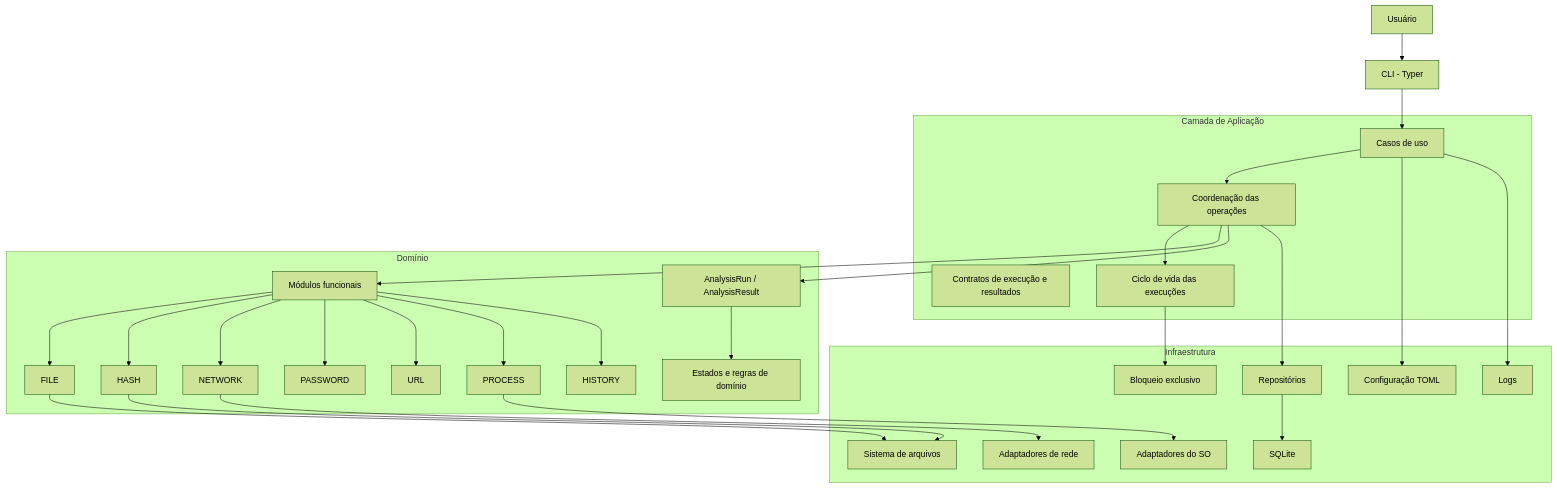
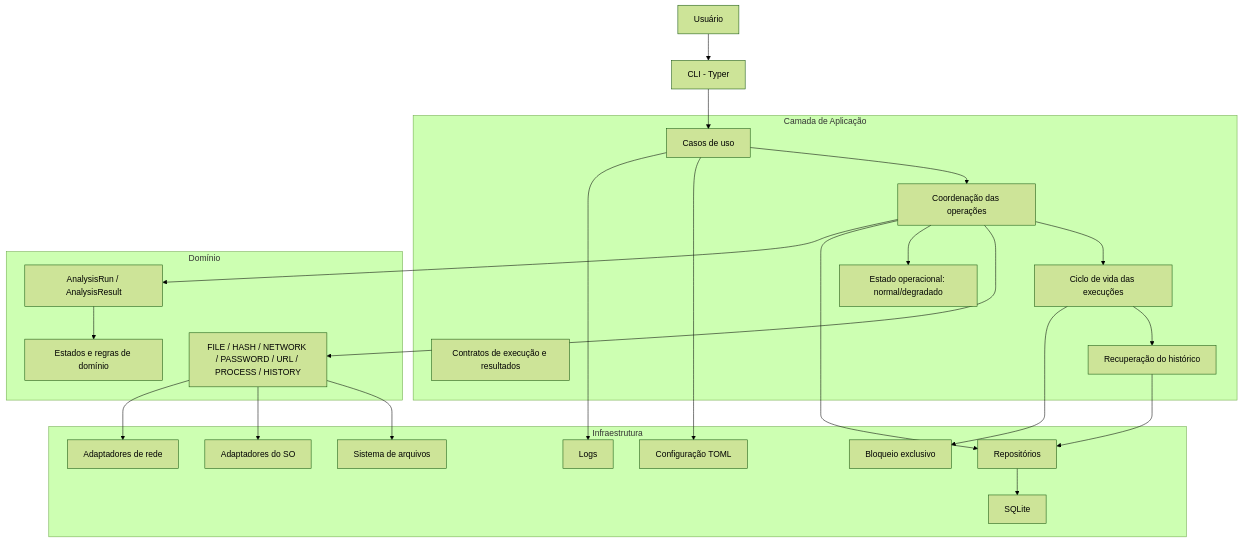
One commit to Leonardo-Campos-2007/Odyssey-AV changed the first of 2 diagrams in docs/ARQUITETURA.md. Above: the diagram before and after it, drawn with Mermaid (forest theme). The commit also changed other lines of this file and 2 other files, not shown here.

````diff
--- a/docs/ARQUITETURA.md
+++ b/docs/ARQUITETURA.md
@@ -37,62 +38,48 @@
 ```mermaid
 flowchart TD
-    U["Usuário"]
-    CLI["CLI - Typer"]
+    U["Usuário"] --> CLI["CLI - Typer"]
 
     subgraph APP["Camada de Aplicação"]
         UC["Casos de uso"]
         COORD["Coordenação das operações"]
         CONTRACT["Contratos de execução e resultados"]
-        LIFECYCLE["Ciclo de vida das execuções"]
+        LIFE["Ciclo de vida das execuções"]
+        REC["Recuperação do histórico"]
+        MODE["Estado operacional: normal/degradado"]
     end
 
     subgraph DOMAIN["Domínio"]
         ENT["AnalysisRun / AnalysisResult"]
         RULES["Estados e regras de domínio"]
-        MODULES["Módulos funcionais"]
-        FILE["FILE"]
-        HASH["HASH"]
-        NETWORK["NETWORK"]
-        PASSWORD["PASSWORD"]
-        URL["URL"]
-        PROCESS["PROCESS"]
-        HISTORY["HISTORY"]
+        MODULES["FILE / HASH / NETWORK / PASSWORD / URL / PROCESS / HISTORY"]
     end
 
     subgraph INFRA["Infraestrutura"]
         REPO["Repositórios"]
         SQLITE["SQLite"]
+        LOCK["Bloqueio exclusivo"]
+        OS["Adaptadores do SO"]
         FS["Sistema de arquivos"]
-        OS["Adaptadores do SO"]
         NET["Adaptadores de rede"]
-        LOCK["Bloqueio exclusivo"]
         CONFIG["Configuração TOML"]
         LOG["Logs"]
     end
 
-    U --> CLI
     CLI --> UC
     UC --> COORD
-    COORD --> LIFECYCLE
+    COORD --> LIFE
     COORD --> MODULES
-    MODULES --> FILE
-    MODULES --> HASH
-    MODULES --> NETWORK
-    MODULES --> PASSWORD
-    MODULES --> URL
-    MODULES --> PROCESS
-    MODULES --> HISTORY
-
-    FILE --> FS
-    HASH --> FS
-    PROCESS --> OS
-    NETWORK --> NET
-
+    COORD --> MODE
+    LIFE --> REC
+    REC --> REPO
+    COORD --> REPO
+    REPO --> SQLITE
+    LIFE --> LOCK
+    MODULES --> FS
+    MODULES --> OS
+    MODULES --> NET
+    UC --> CONFIG
+    UC --> LOG
     COORD --> ENT
     ENT --> RULES
-    COORD --> REPO
-    REPO --> SQLITE
-    LIFECYCLE --> LOCK
-    UC --> CONFIG
-    UC --> LOG
 ```
````
